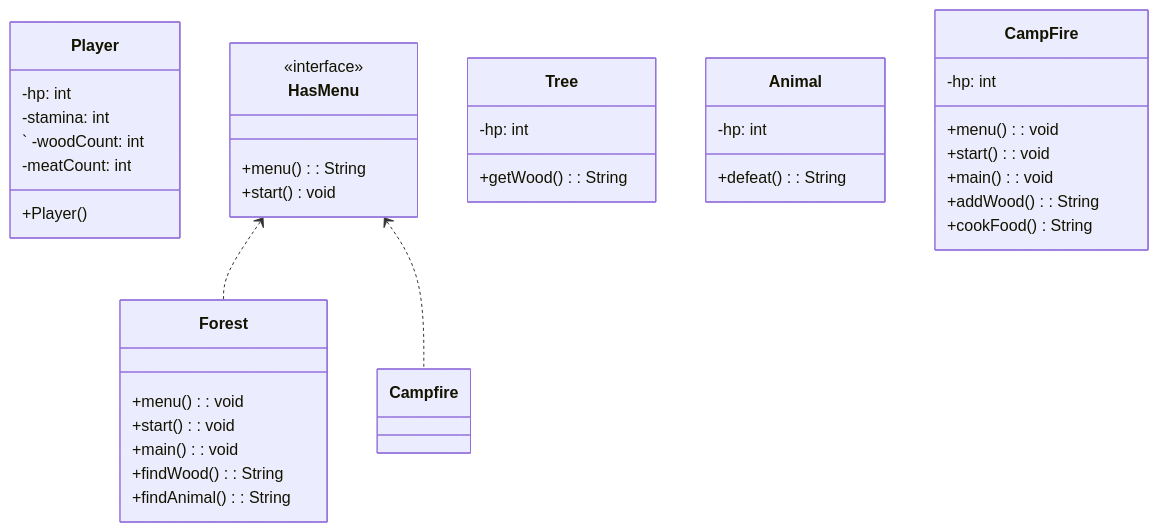
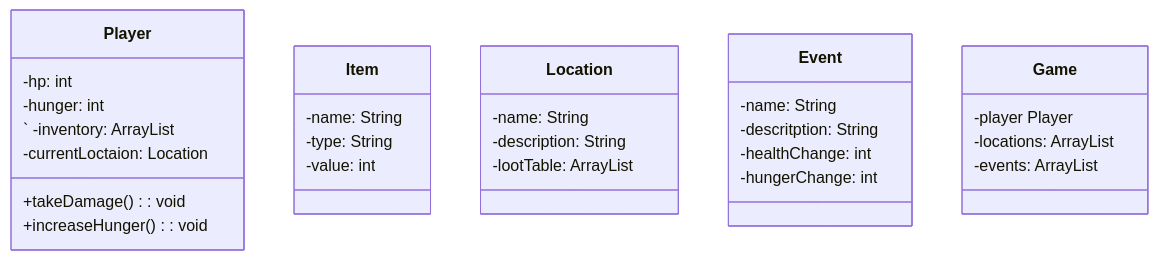
Before and after one commit to nicholascoooper/Final-Project-CS121: the diagram in README.md, drawn with Mermaid.

````diff
--- a/README.md
+++ b/README.md
@@ -17,49 +17,39 @@
 ```mermaid
 
 classDiagram
     
     class Player{
         -hp: int
-        -stamina: int
-`        -woodCount: int
-        -meatCount: int
-        +Player()
+        -hunger: int
+`       -inventory: ArrayList<Item>
+        -currentLoctaion: Location
+        +takeDamage(): void
+        +increaseHunger(): void
     }
 
-    class HasMenu{
-        <<interface>>
-        +menu(): String
-        +start() void
+    class Item{
+        -name: String
+        -type: String
+        -value: int
     }
 
-    class Tree{
-        -hp: int
-        +getWood(): String
+    class Location{
+        -name: String
+        -description: String
+        -lootTable: ArrayList<Item>
     }
 
-    class Animal{
-        -hp: int
-        +defeat(): String
+    class Event{
+        -name: String
+        -descritption: String
+        -healthChange: int
+        -hungerChange: int
     }
 
-    class Forest{
-        +menu(): void
-        +start(): void
-        +main(): void
-        +findWood(): String
-        +findAnimal(): String
+    class Game{
+        -player Player
+        -locations: ArrayList<Location>
+        -events: ArrayList<Event>
     }
 
-    class CampFire{
-        -hp: int
-        +menu(): void
-        +start(): void
-        +main(): void
-        +addWood(): String
-        +cookFood() String
-    }
-
-HasMenu <.. Forest
-HasMenu <.. Campfire
-
 ```
````
